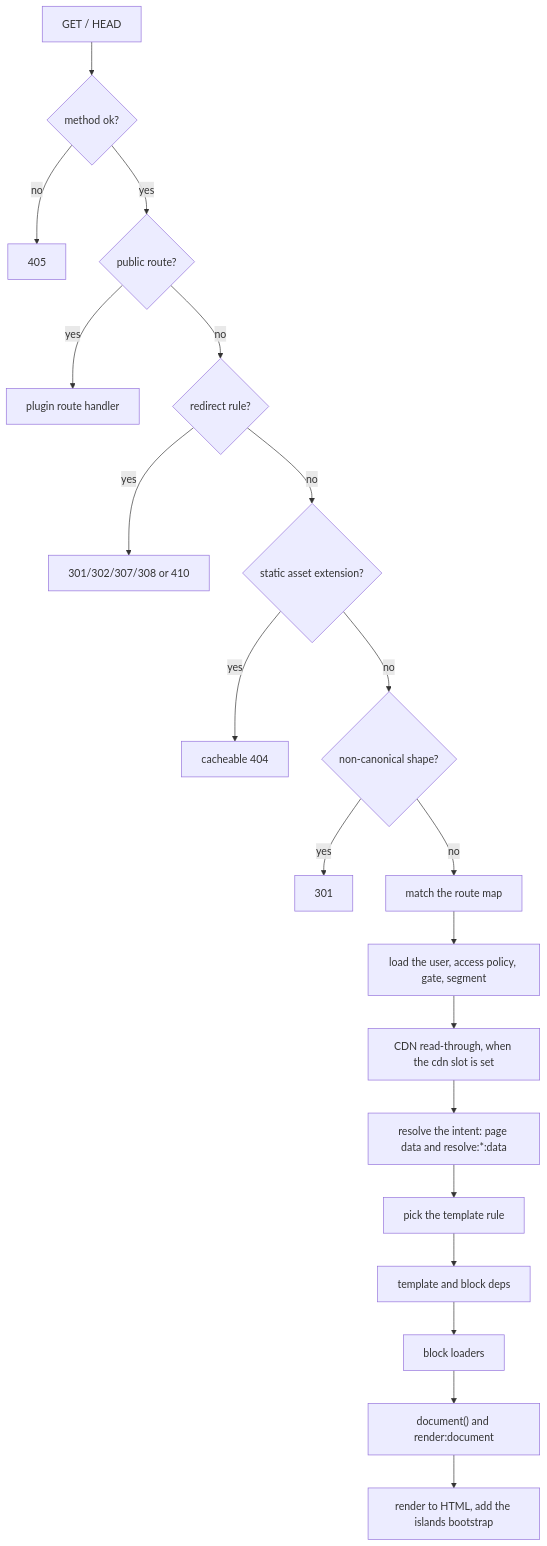
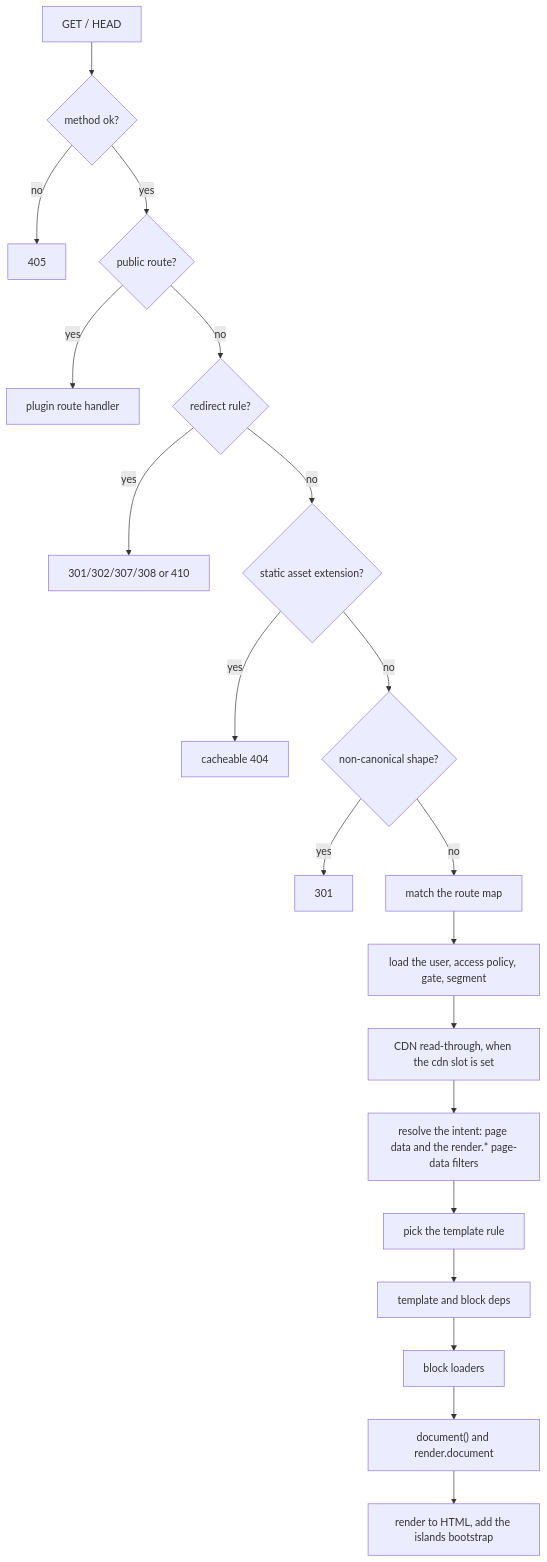
One commit to withplumix/plumix changed the diagram in docs/architecture/routing-and-render.md. Above: the diagram before and after it, drawn with Mermaid. The commit also changed other lines of this file and 64 other files, not shown here.

````diff
--- a/docs/architecture/routing-and-render.md
+++ b/docs/architecture/routing-and-render.md
@@ -7,22 +7,22 @@
 ```mermaid
 flowchart TD
   req["GET / HEAD"] --> m{"method ok?"}
   m -- no --> r405[405]
   m -- yes --> pr{"public route?"}
   pr -- yes --> prh["plugin route handler"]
   pr -- no --> rd{"redirect rule?"}
   rd -- yes --> r3xx["301/302/307/308 or 410"]
   rd -- no --> sa{"static asset extension?"}
   sa -- yes --> r404a["cacheable 404"]
   sa -- no --> cn{"non-canonical shape?"}
   cn -- yes --> r301[301]
   cn -- no --> rm["match the route map"]
   rm --> gate["load the user, access policy, gate, segment"]
   gate --> cdn["CDN read-through, when the cdn slot is set"]
-  cdn --> res["resolve the intent: page data and resolve:*:data"]
+  cdn --> res["resolve the intent: page data and the render.* page-data filters"]
   res --> tpl["pick the template rule"]
   tpl --> deps["template and block deps"]
   deps --> ld["block loaders"]
-  ld --> doc["document() and render:document"]
+  ld --> doc["document() and render.document"]
   doc --> html["render to HTML, add the islands bootstrap"]
 ```
````
